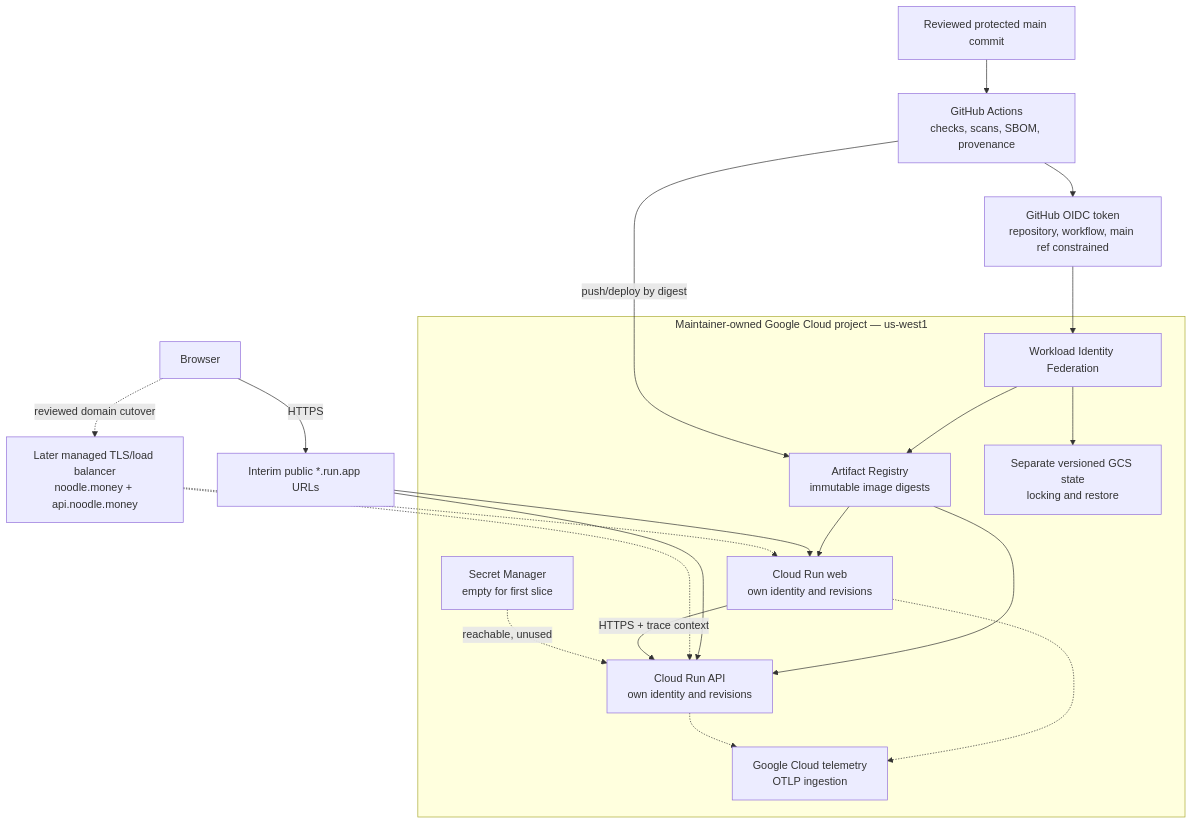
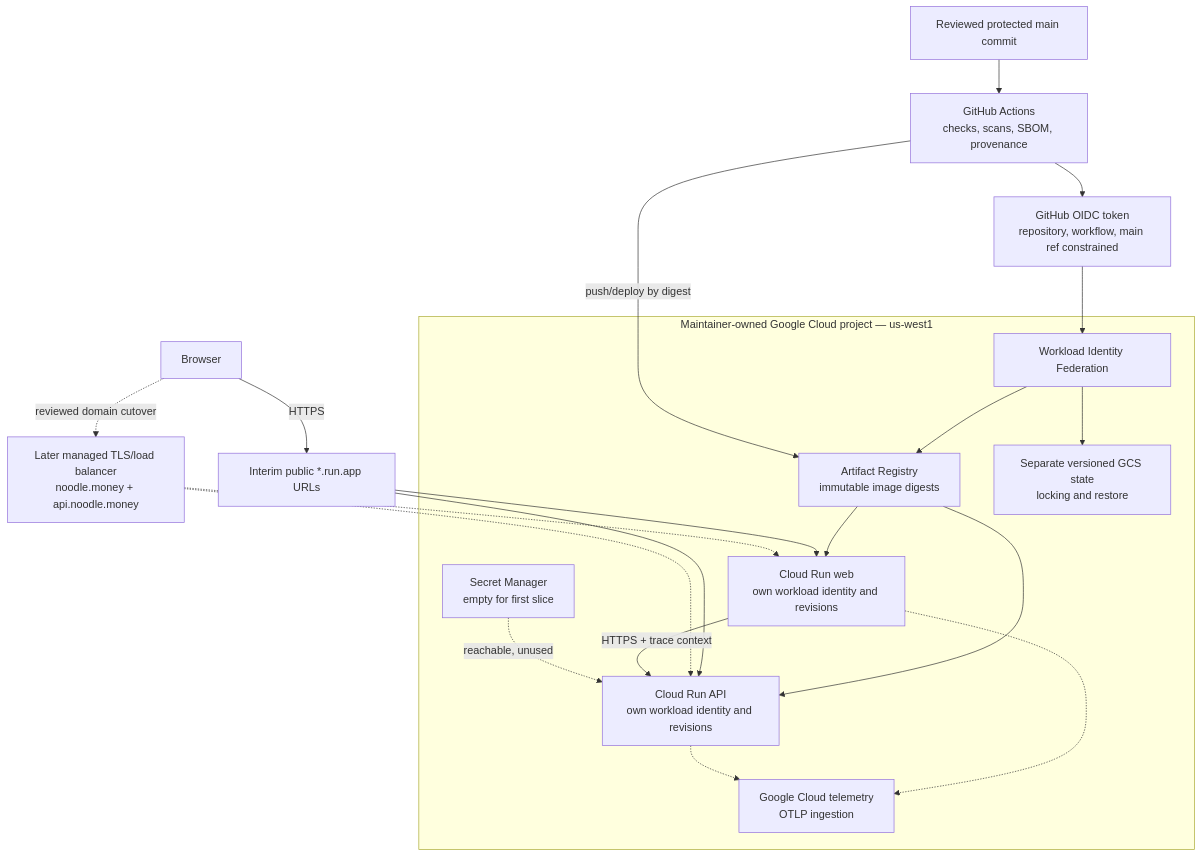
One commit to money-noodle/money-noodle changed the third of 9 diagrams in docs/architecture/overview.md. Above: the diagram before and after it, drawn with Mermaid. The commit also changed other lines of this file and 14 other files, not shown here.

Commit message:
Adopt principal and workload identity vocabulary (#55)

````diff
--- a/docs/architecture/overview.md
+++ b/docs/architecture/overview.md
@@ -155,38 +155,38 @@
 ```mermaid
 flowchart TB
     git["Reviewed protected main commit"]
     ci["GitHub Actions<br/>checks, scans, SBOM, provenance"]
     oidc["GitHub OIDC token<br/>repository, workflow, main ref constrained"]
 
     subgraph gcp["Maintainer-owned Google Cloud project — us-west1"]
         wif["Workload Identity Federation"]
         registry["Artifact Registry<br/>immutable image digests"]
         state["Separate versioned GCS state<br/>locking and restore"]
         secrets["Secret Manager<br/>empty for first slice"]
-        webService["Cloud Run web<br/>own identity and revisions"]
-        apiService["Cloud Run API<br/>own identity and revisions"]
+        webService["Cloud Run web<br/>own workload identity and revisions"]
+        apiService["Cloud Run API<br/>own workload identity and revisions"]
         telemetry["Google Cloud telemetry<br/>OTLP ingestion"]
     end
 
     browser["Browser"]
     interim["Interim public *.run.app URLs"]
     target["Later managed TLS/load balancer<br/>noodle.money + api.noodle.money"]
 
     git --> ci
     ci --> oidc --> wif
     wif --> registry
     wif --> state
     ci -->|push/deploy by digest| registry
     registry --> webService
     registry --> apiService
     browser -->|HTTPS| interim
     browser -. "reviewed domain cutover" .-> target
     interim --> webService
     interim --> apiService
     target -.-> webService
     target -.-> apiService
     webService -->|HTTPS + trace context| apiService
     secrets -. "reachable, unused" .-> apiService
     webService -.-> telemetry
     apiService -.-> telemetry
 ```
````
